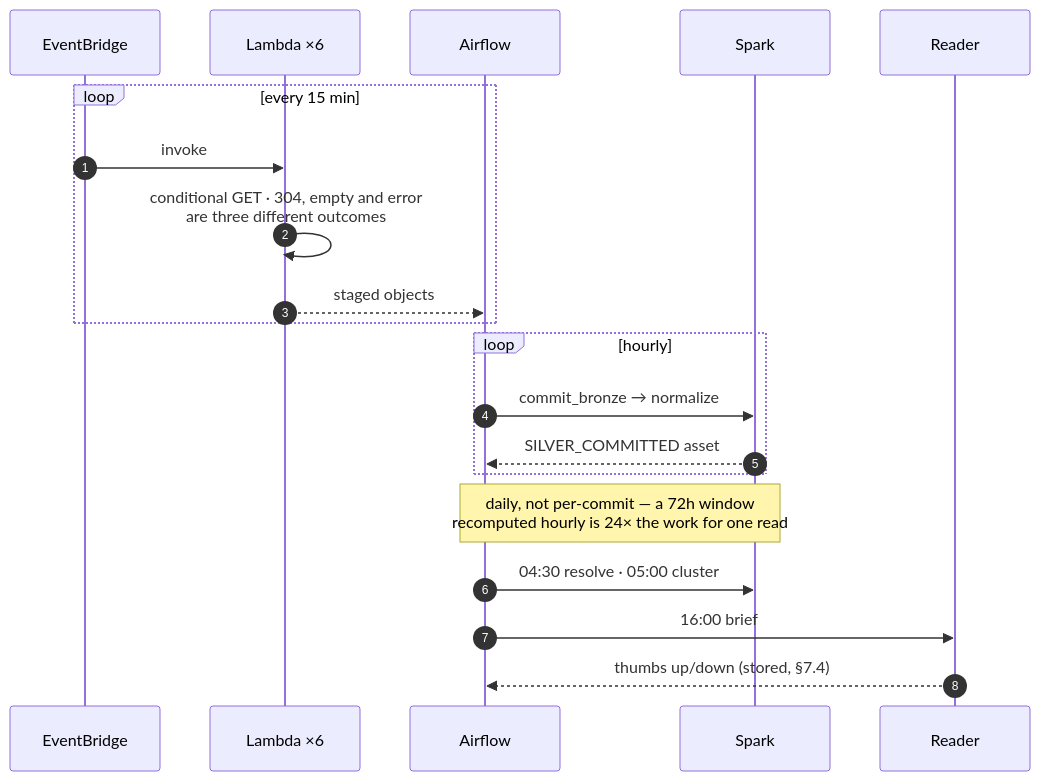
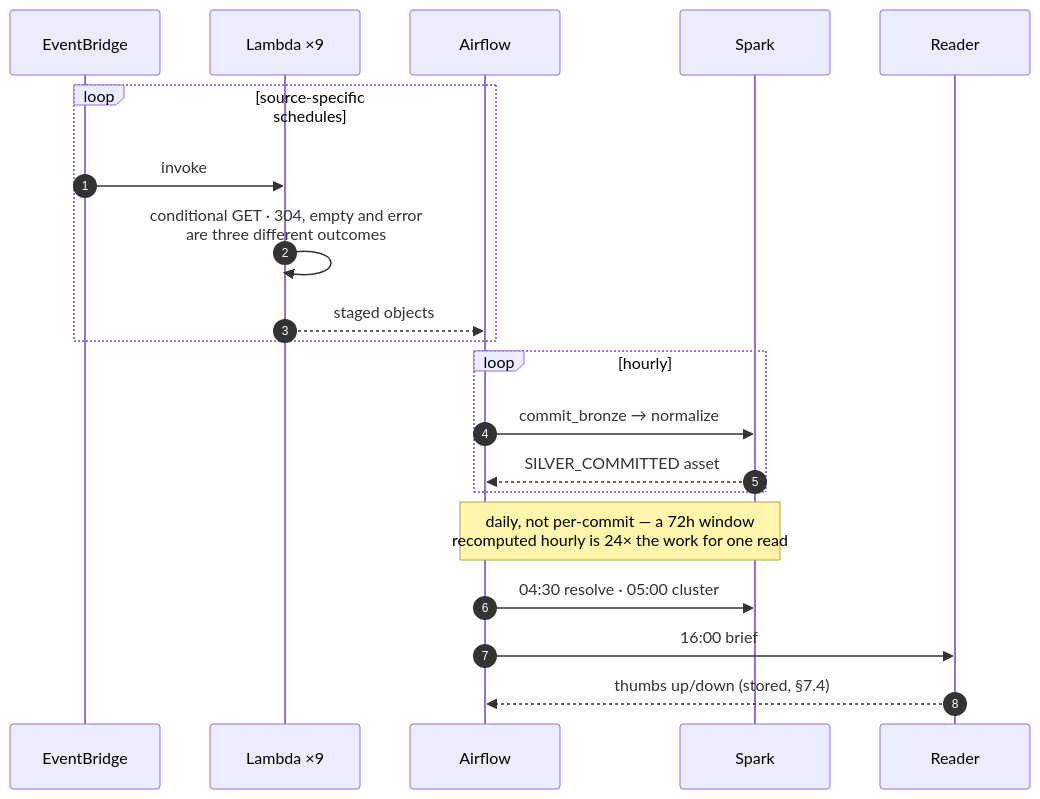
Before and after one commit to SouhailBourhim/signal-brief: the third of 3 diagrams in docs/architecture.md, drawn with Mermaid. The commit also changed other lines of this file and 11 other files, not shown here.

Commit message:
Align documentation with active schedules and schema

````diff
--- a/docs/architecture.md
+++ b/docs/architecture.md
@@ -148,23 +163,23 @@
 ```mermaid
 sequenceDiagram
     autonumber
     participant S as EventBridge
-    participant L as Lambda ×6
+    participant L as Lambda ×9
     participant A as Airflow
     participant K as Spark
     participant R as Reader
 
-    loop every 15 min
+    loop source-specific schedules
         S->>L: invoke
         L->>L: conditional GET · 304, empty and error<br/>are three different outcomes
         L-->>A: staged objects
     end
     loop hourly
         A->>K: commit_bronze → normalize
         K-->>A: SILVER_COMMITTED asset
     end
     Note over A,K: daily, not per-commit — a 72h window<br/>recomputed hourly is 24× the work for one read
     A->>K: 04:30 resolve · 05:00 cluster
     A->>R: 16:00 brief
     R-->>A: thumbs up/down (stored, §7.4)
 ```
````
